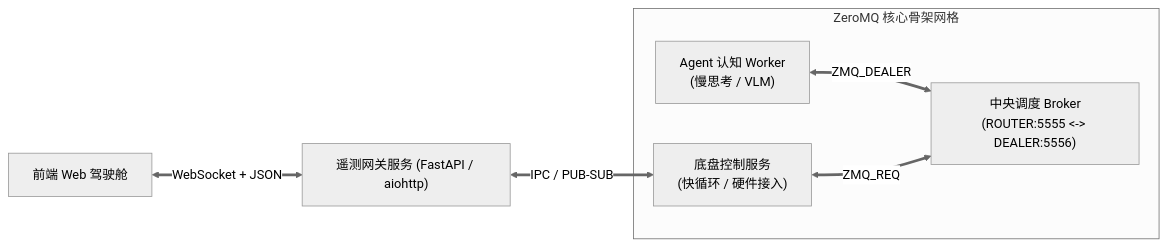
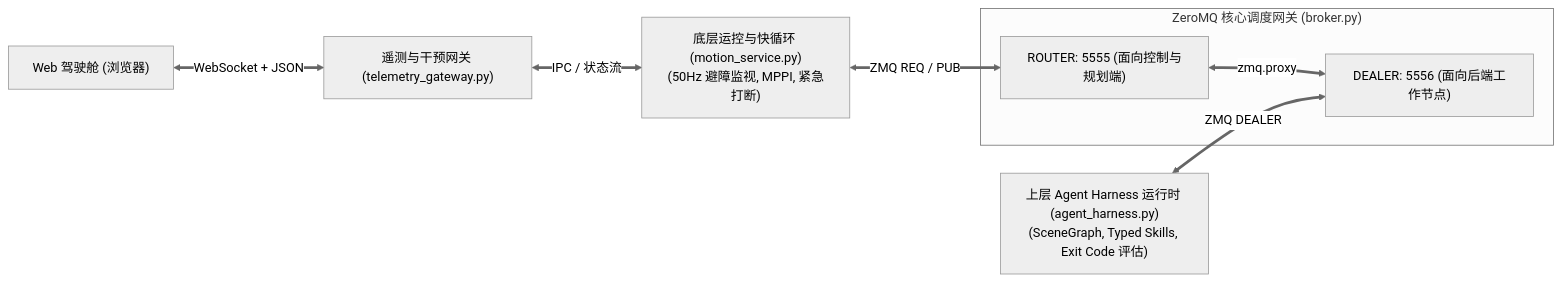
One commit to TingdeLiu/tingdeliu.github.io changed diagram 14 of 15 in _posts/research/2026-09-07-Embodied-Agent-Harness-Survey.md. Above: the diagram before and after it, drawn with Mermaid (neutral theme). The commit also changed other lines of this file and 2 other files, not shown here.

Commit message:
feat(research): comprehensive upgrade to Embodied Agent Harness Survey with dual-module co-design & distributed systems engineering

````diff
--- a/_posts/research/2026-09-07-Embodied-Agent-Harness-Survey.md
+++ b/_posts/research/2026-09-07-Embodied-Agent-Harness-Survey.md
@@ -486,13 +721,15 @@
 ```mermaid
 flowchart LR
-    WebBrowser["前端 Web 驾驶舱"] <== "WebSocket + JSON" ==> TelemetrySvc["遥测网关服务 (FastAPI / aiohttp)"]
+    WebClient["Web 驾驶舱 (浏览器)"] <== "WebSocket + JSON" ==> TelemetryGateway["遥测与干预网关 (telemetry_gateway.py)"]
     
-    subgraph ZMQ_Mesh ["ZeroMQ 核心骨架网格"]
-        ZMQ_Broker["中央调度 Broker<br/>(ROUTER:5555 <-> DEALER:5556)"]
-        
-        AgentWorker["Agent 认知 Worker<br/>(慢思考 / VLM)"] <== "ZMQ_DEALER" ==> ZMQ_Broker
-        BaseClient["底盘控制服务<br/>(快循环 / 硬件接入)"] <== "ZMQ_REQ" ==> ZMQ_Broker
+    subgraph CentralBroker["ZeroMQ 核心调度网关 (broker.py)"]
+        RouterPort["ROUTER: 5555 (面向控制与规划端)"]
+        DealerPort["DEALER: 5556 (面向后端工作节点)"]
+        RouterPort <==>|"zmq.proxy"| DealerPort
     end
 
-    TelemetrySvc <== "IPC / PUB-SUB" ==> BaseClient
+    AgentHarness["上层 Agent Harness 运行时 (agent_harness.py)<br/>(SceneGraph, Typed Skills, Exit Code 评估)"] <== "ZMQ DEALER" ==> DealerPort
+    MotionService["底层运控与快循环 (motion_service.py)<br/>(50Hz 避障监视, MPPI, 紧急打断)"] <== "ZMQ REQ / PUB" ==> RouterPort
+
+    TelemetryGateway <== "IPC / 状态流" ==> MotionService
 ```
````
